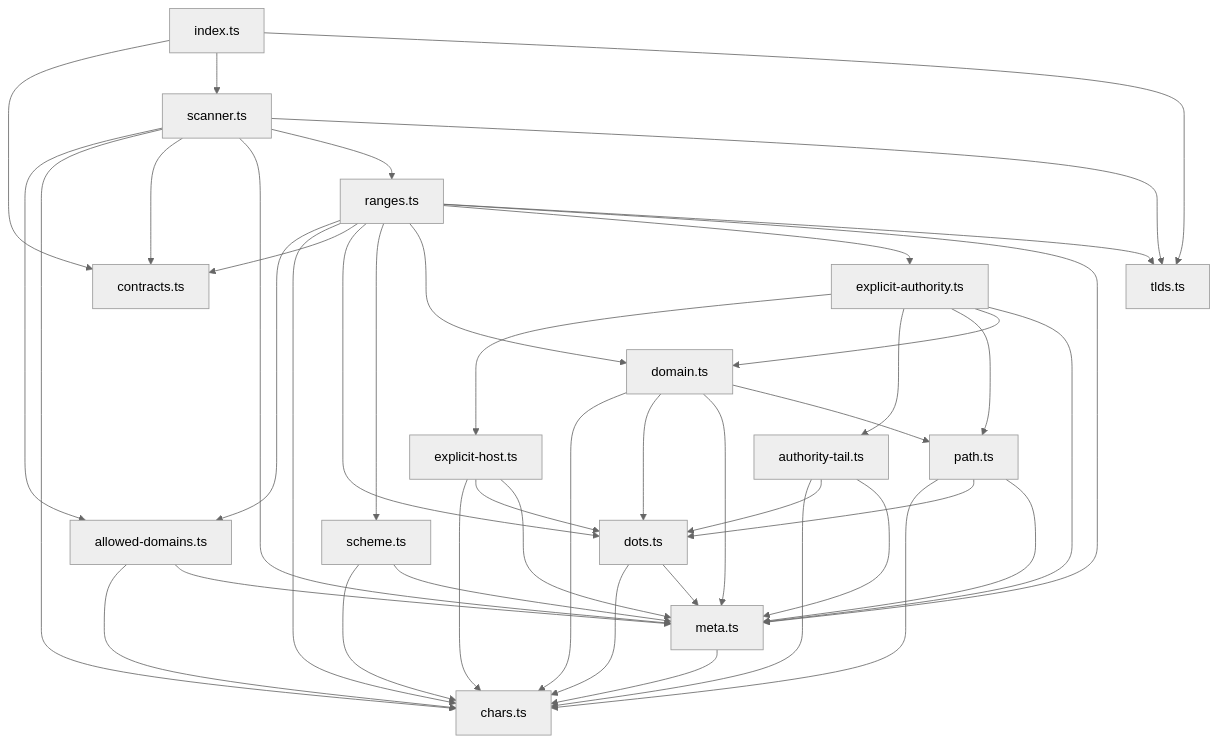
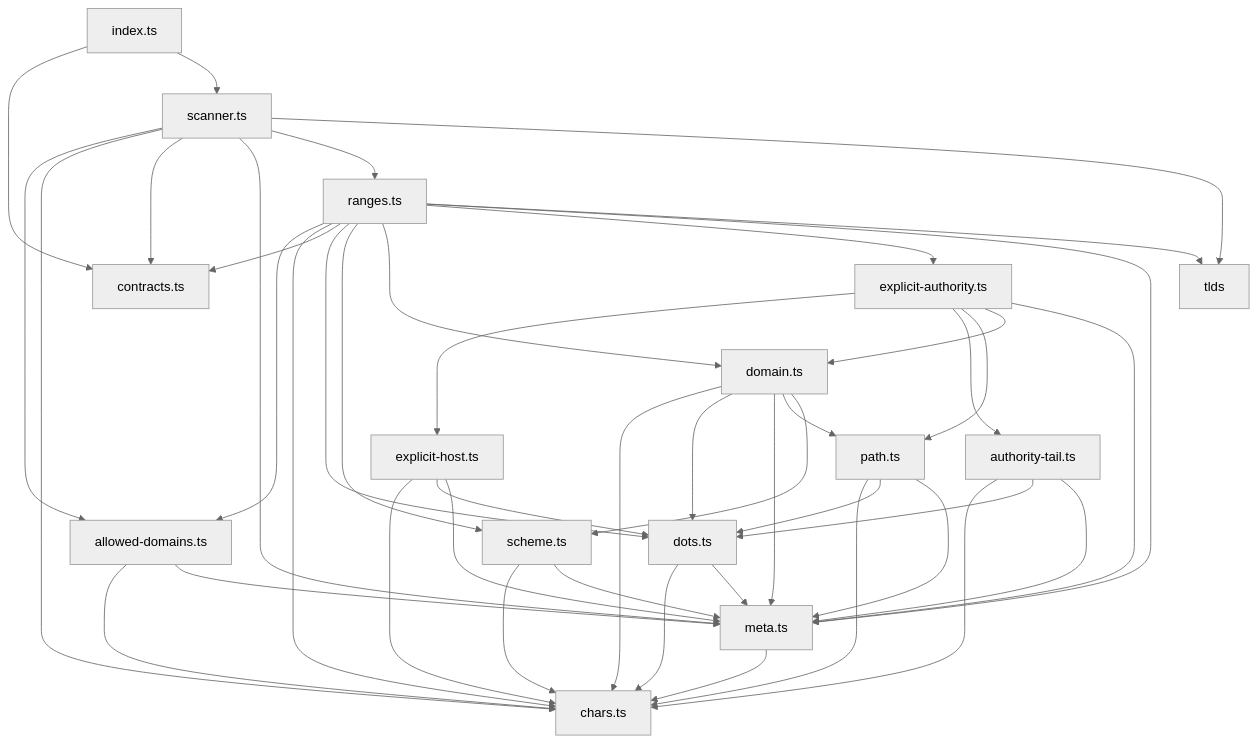
One commit to textfilters/textfilters changed the second of 2 diagrams in packages/url/docs/architecture.md. Above: the diagram before and after it, drawn with Mermaid (neutral theme). The commit also changed other lines of this file and 14 other files, not shown here.

````diff
--- a/packages/url/docs/architecture.md
+++ b/packages/url/docs/architecture.md
@@ -51,46 +54,46 @@
 ```mermaid
 graph TD
   index["index.ts"] --> contracts["contracts.ts"]
   index --> scanner["scanner.ts"]
-  index --> tlds["tlds.ts"]
   scanner --> allowed["allowed-domains.ts"]
   scanner --> chars["chars.ts"]
   scanner --> contracts
   scanner --> meta["meta.ts"]
   scanner --> ranges["ranges.ts"]
   scanner --> tlds
   ranges --> allowed
   ranges --> chars
   ranges --> contracts
   ranges --> dots["dots.ts"]
   ranges --> scheme["scheme.ts"]
   ranges --> domain["domain.ts"]
   ranges --> explicit["explicit-authority.ts"]
   ranges --> meta
   ranges --> tlds
   allowed --> chars
   allowed --> meta
   explicit --> host["explicit-host.ts"]
   explicit --> tail["authority-tail.ts"]
   explicit --> path["path.ts"]
   explicit --> domain
   explicit --> meta
   host --> chars
   host --> dots
   host --> meta
   tail --> chars
   tail --> dots
   tail --> meta
   domain --> chars
   domain --> dots
   domain --> meta
   domain --> path
+  domain --> scheme
   scheme --> chars
   scheme --> meta
   dots --> chars
   dots --> meta
   meta --> chars
   path --> chars
   path --> dots
   path --> meta
 ```
````
